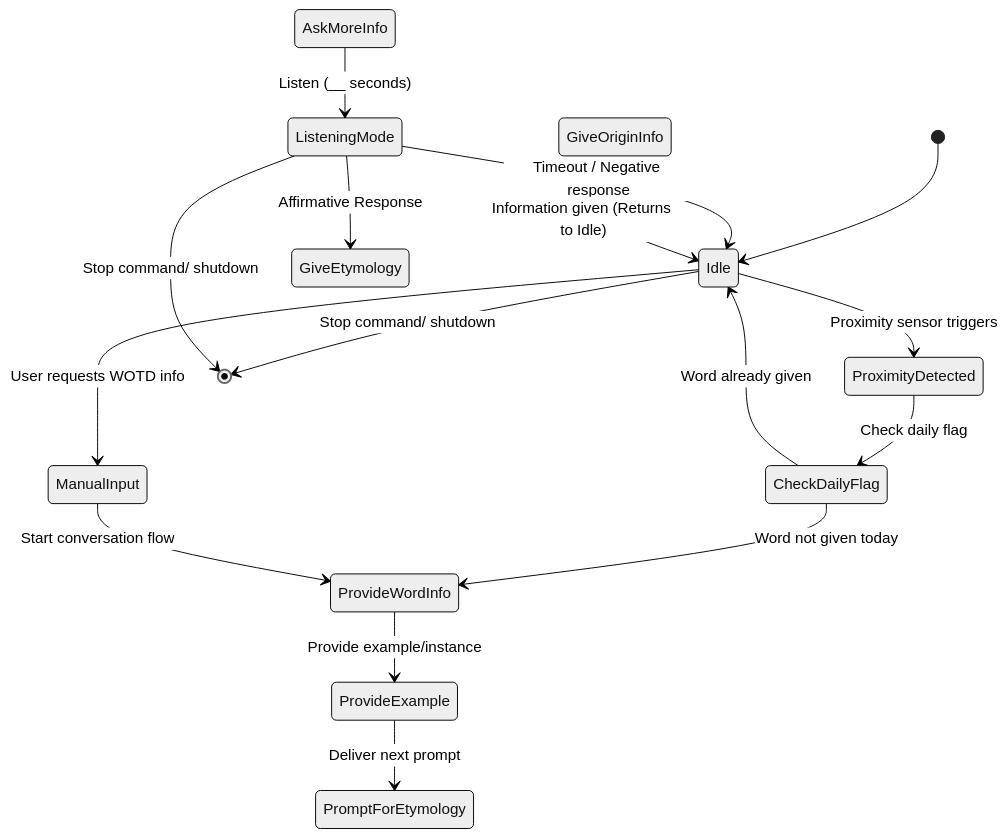
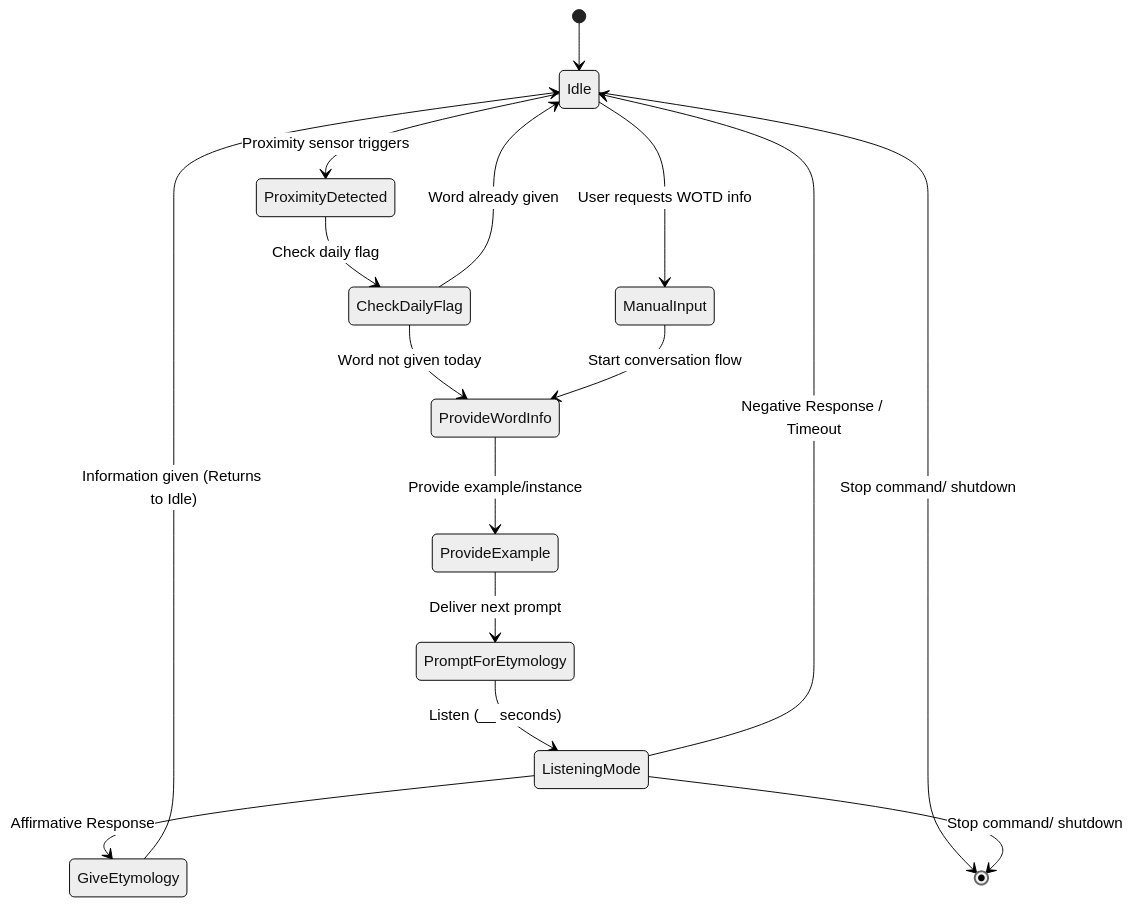
Before and after one commit to ji227/Jesse-Iriah-s-Lab-Hub: the second of 2 diagrams in Lab 3/README.md, drawn with Mermaid (neutral theme). The commit also changed other lines of this file, not shown here.

````diff
--- a/Lab 3/README.md
+++ b/Lab 3/README.md
@@ -96,24 +96,24 @@
 ```mermaid
 stateDiagram-v2
     [*] --> Idle
     Idle --> ProximityDetected : Proximity sensor triggers
     Idle --> ManualInput : User requests WOTD info
     Idle --> [*] : Stop command/ shutdown
     
     ProximityDetected --> CheckDailyFlag : Check daily flag
     CheckDailyFlag --> ProvideWordInfo : Word not given today
     CheckDailyFlag --> Idle : Word already given
     
     ManualInput --> ProvideWordInfo : Start conversation flow
     
     ProvideWordInfo --> ProvideExample : Provide example/instance
     ProvideExample --> PromptForEtymology : Deliver next prompt
     
-    AskMoreInfo --> ListeningMode : Listen (__ seconds)
+    PromptForEtymology --> ListeningMode : Listen (__ seconds)
     
-    ListeningMode --> GiveEtymology : Affirmative Response 
-    ListeningMode --> Idle : Timeout / Negative response
+    ListeningMode --> GiveEtymology : Affirmative Response
+    ListeningMode --> Idle : Negative Response / Timeout
     ListeningMode --> [*] : Stop command/ shutdown
     
-    GiveOriginInfo --> Idle : Information given (Returns to Idle)
+    GiveEtymology --> Idle : Information given (Returns to Idle)
 ```
````
